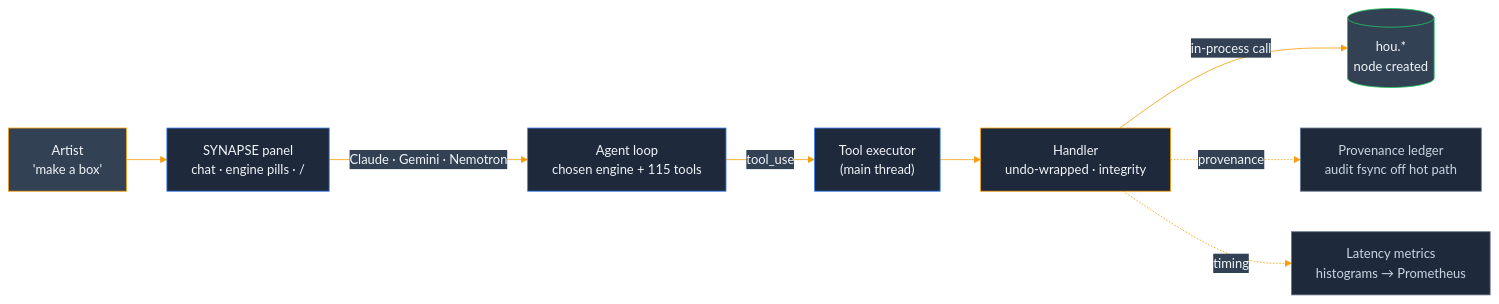
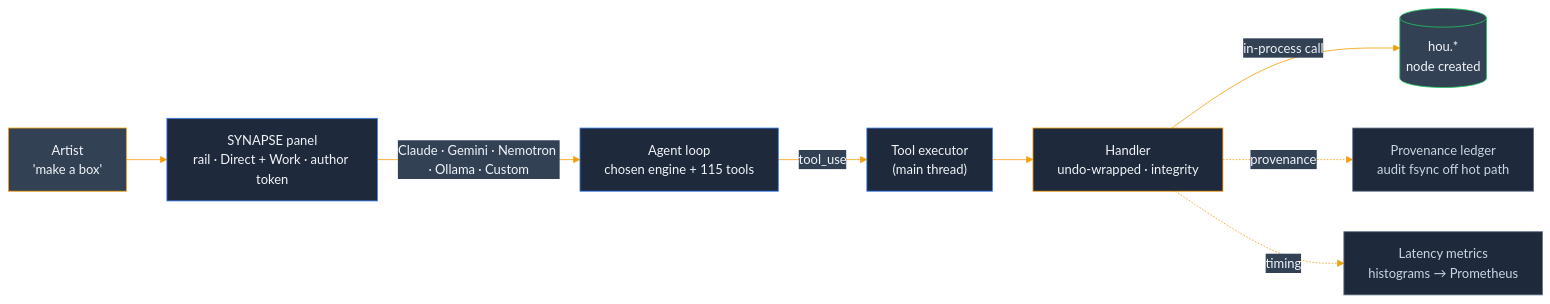
One commit to JosephOIbrahim/Synapse changed the first of 5 diagrams in README.md. Above: the diagram before and after it, drawn with Mermaid. The commit also changed other lines of this file and 5 other files, not shown here.

````diff
--- a/README.md
+++ b/README.md
@@ -43,16 +56,16 @@
 ```mermaid
 %%{init: {'theme':'base', 'themeVariables': {'primaryColor':'#1e293b','primaryTextColor':'#f1f5f9','primaryBorderColor':'#0f172a','lineColor':'#f59e0b','secondaryColor':'#334155','tertiaryColor':'#475569'}}}%%
 flowchart LR
-    ART["Artist<br/>'make a box'"]:::artist --> PANEL["SYNAPSE panel<br/>chat · engine pills · /"]:::panel
-    PANEL -->|"Claude · Gemini · Nemotron"| LOOP["Agent loop<br/>chosen engine + 115 tools"]:::panel
+    ART["Artist<br/>'make a box'"]:::artist --> PANEL["SYNAPSE panel<br/>rail · Direct + Work · author token"]:::panel
+    PANEL -->|"Claude · Gemini · Nemotron · Ollama · Custom"| LOOP["Agent loop<br/>chosen engine + 115 tools"]:::panel
     LOOP -->|"tool_use"| EXEC["Tool executor<br/>(main thread)"]:::panel
     EXEC --> BR["Handler<br/>undo-wrapped · integrity"]:::bridge
     BR -->|in-process call| HOU[("hou.*<br/>node created")]:::hou
     BR -.provenance.-> LEDGER["Provenance ledger<br/>audit fsync off hot path"]:::side
     BR -.timing.-> METRICS["Latency metrics<br/>histograms → Prometheus"]:::side
     classDef artist fill:#334155,stroke:#f59e0b,color:#f1f5f9
     classDef panel fill:#1e293b,stroke:#3b82f6,color:#f1f5f9
     classDef bridge fill:#1e293b,stroke:#f59e0b,color:#f1f5f9
     classDef hou fill:#334155,stroke:#22c55e,color:#f1f5f9
     classDef side fill:#1e293b,stroke:#64748b,color:#cbd5e1
 ```
````
